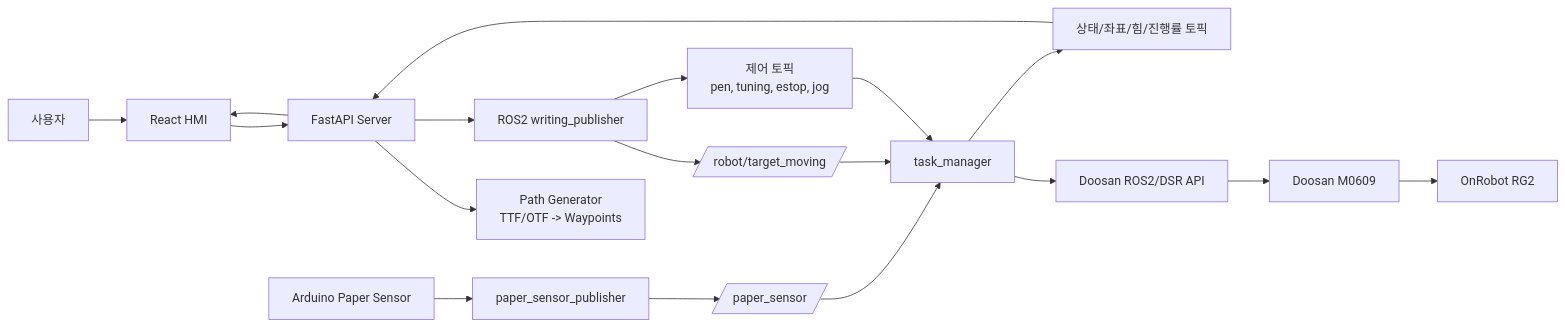
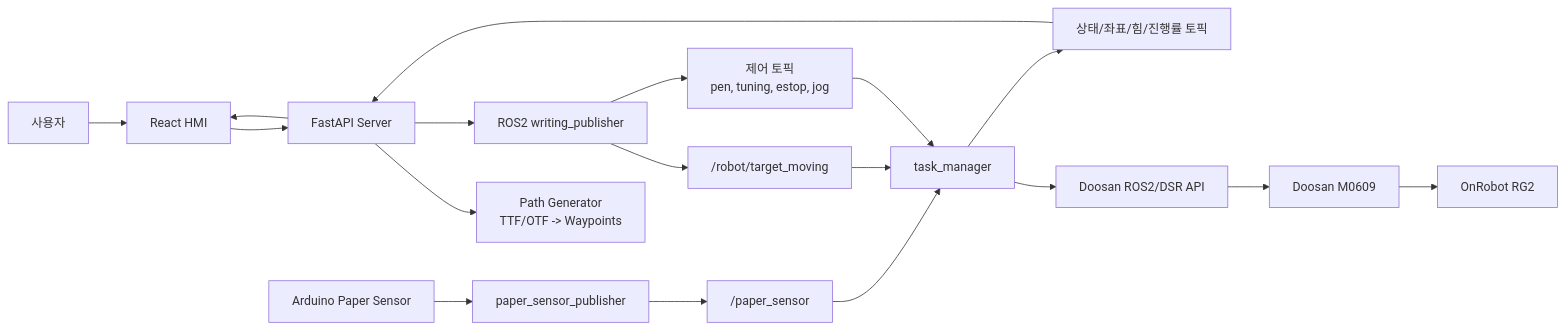
Before and after one commit to habin-k/robot-arm-writing: the first of 2 diagrams in README.md, drawn with Mermaid. The commit also changed other lines of this file, not shown here.

Commit message:
README 업데이트

````diff
--- a/README.md
+++ b/README.md
@@ -11,24 +11,24 @@
 ```mermaid
 flowchart LR
     User[사용자] --> HMI[React HMI]
     HMI --> API[FastAPI Server]
-    API --> PathGen[Path Generator\nTTF/OTF -> Waypoints]
-    API --> RosPub[ROS2 writing_publisher]
-    RosPub --> TargetTopic[/robot/target_moving/]
-    RosPub --> ControlTopics[제어 토픽\npen, tuning, estop, jog]
+    API --> PathGen["Path Generator<br/>TTF/OTF -> Waypoints"]
+    API --> RosPub["ROS2 writing_publisher"]
+    RosPub --> TargetTopic["/robot/target_moving"]
+    RosPub --> ControlTopics["제어 토픽<br/>pen, tuning, estop, jog"]
 
-    Arduino[Arduino Paper Sensor] --> SensorNode[paper_sensor_publisher]
-    SensorNode --> PaperTopic[/paper_sensor/]
+    Arduino["Arduino Paper Sensor"] --> SensorNode["paper_sensor_publisher"]
+    SensorNode --> PaperTopic["/paper_sensor"]
 
     TargetTopic --> TaskManager[task_manager]
     ControlTopics --> TaskManager
     PaperTopic --> TaskManager
 
-    TaskManager --> DSR[Doosan ROS2/DSR API]
-    DSR --> Robot[Doosan M0609]
-    Robot --> Gripper[OnRobot RG2]
+    TaskManager --> DSR["Doosan ROS2/DSR API"]
+    DSR --> Robot["Doosan M0609"]
+    Robot --> Gripper["OnRobot RG2"]
 
-    TaskManager --> StateTopics[상태/좌표/힘/진행률 토픽]
+    TaskManager --> StateTopics["상태/좌표/힘/진행률 토픽"]
     StateTopics --> API
     API --> HMI
 ```
````
